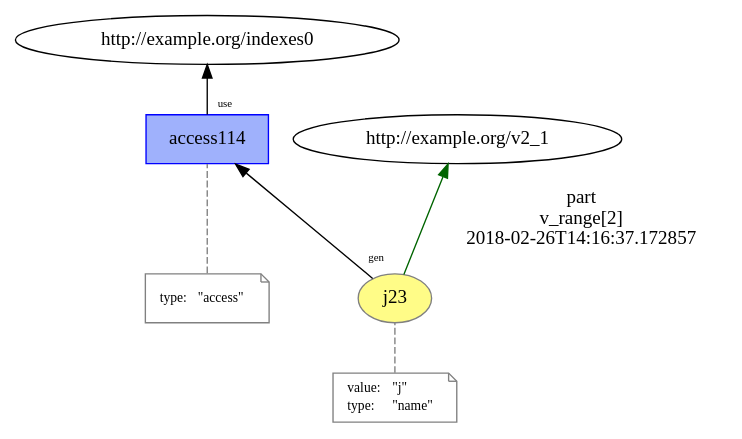
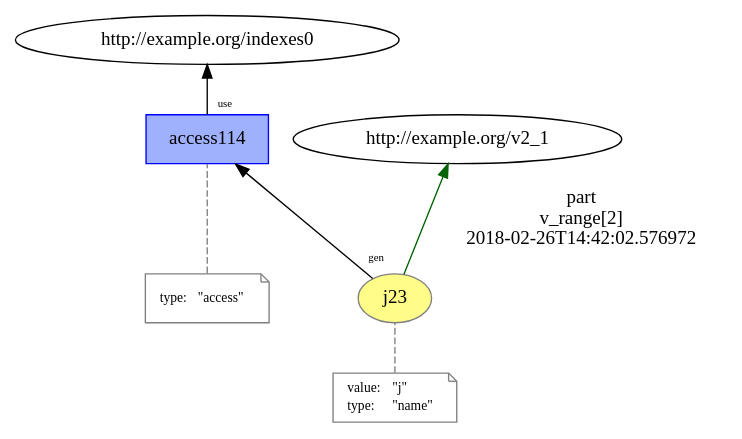
The diagram in mutable_prov/temp/L13__loop_access23.dot (dew-uff/versioned-prov), drawn with Graphviz before and after one commit. The commit also changed 527 other files, not shown here.

```diff
--- a/mutable_prov/temp/L13__loop_access23.dot
+++ b/mutable_prov/temp/L13__loop_access23.dot
@@ -1,27 +1,27 @@
 digraph "PROV" { size="16,12"; rankdir="BT";
 "http://example.org/j23" [fillcolor="#FFFC87",color="#808080",style="filled",label="j23",URL="http://example.org/j23"]
 "-attrs0" [color="gray",shape="note",fontsize="10",fontcolor="black",label=<<TABLE cellpadding="0" border="0">
 	<TR>
 	    <TD align="left">value:</TD>
 	    <TD align="left">&quot;j&quot;</TD>
 	</TR>
 	<TR>
 	    <TD align="left">type:</TD>
 	    <TD align="left">&quot;name&quot;</TD>
 	</TR>
 </TABLE>>]
 "-attrs0" -> "http://example.org/j23" [color="gray",style="dashed",arrowhead="none"]
 "http://example.org/j23" -> "http://example.org/v2_1" [labelfontsize="8",labeldistance="1.5",color="darkgreen",labelangle="60.0",rotation="20",label="part
 v_range[2]
-2018-02-26T14:16:37.172857"]
+2018-02-26T14:42:02.576972"]
 "http://example.org/access114" [fillcolor="#9FB1FC",color="#0000FF",shape="polygon",sides="4",style="filled",label="access114",URL="http://example.org/access114"]
 "-attrs1" [color="gray",shape="note",fontsize="10",fontcolor="black",label=<<TABLE cellpadding="0" border="0">
 	<TR>
 	    <TD align="left">type:</TD>
 	    <TD align="left">&quot;access&quot;</TD>
 	</TR>
 </TABLE>>]
 "-attrs1" -> "http://example.org/access114" [color="gray",style="dashed",arrowhead="none"]
 "http://example.org/access114" -> "http://example.org/indexes0" [labelfontsize="8",labeldistance="1.5",labelangle="60.0",rotation="20",taillabel="use"]
 "http://example.org/j23" -> "http://example.org/access114" [labelfontsize="8",labeldistance="1.5",labelangle="60.0",rotation="20",taillabel="gen"]
 }
```
